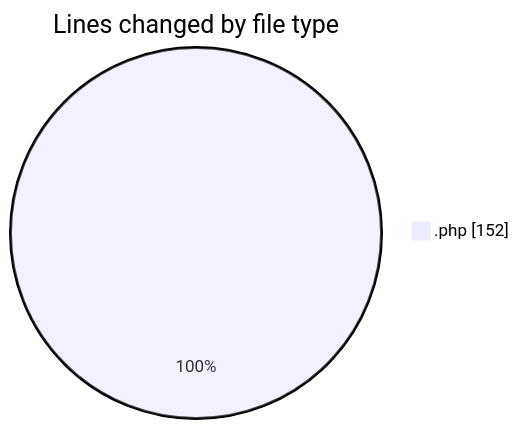
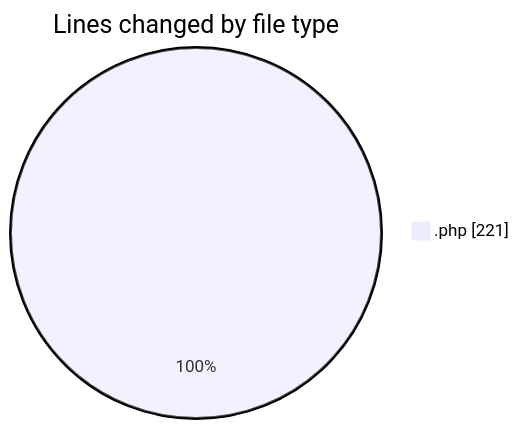
The first of 2 diagrams in 2025-10-08/url-shortener/README.md (Ritupan-Deka/code-tracking), drawn with Mermaid before and after one commit. The commit also changed other lines of this file and 1 other file, not shown here.

````diff
--- a/2025-10-08/url-shortener/README.md
+++ b/2025-10-08/url-shortener/README.md
@@ -22,5 +22,5 @@
 ```mermaid
 pie showData
 title Lines changed by file type
-".php" : 152
+".php" : 221
 ```
````
